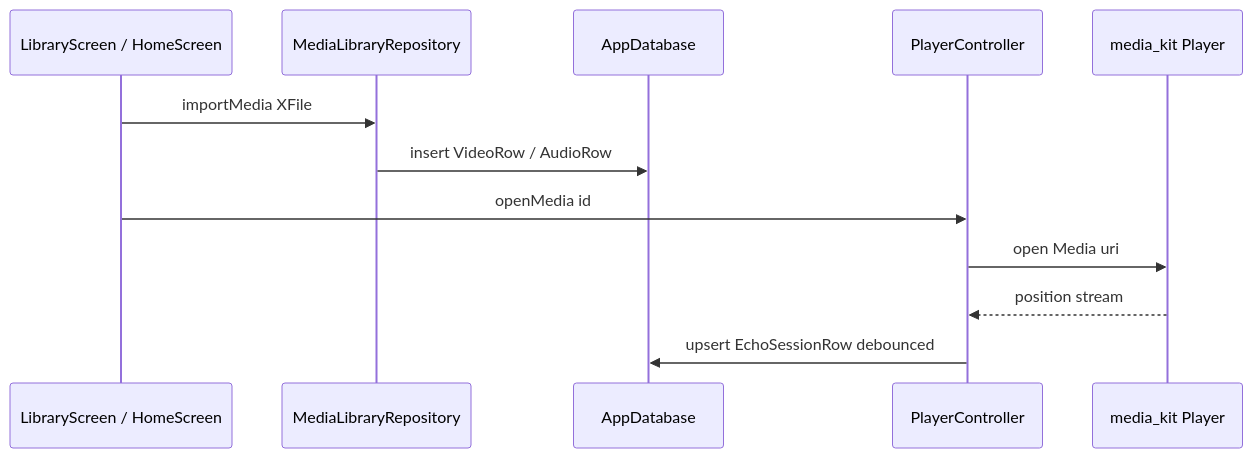
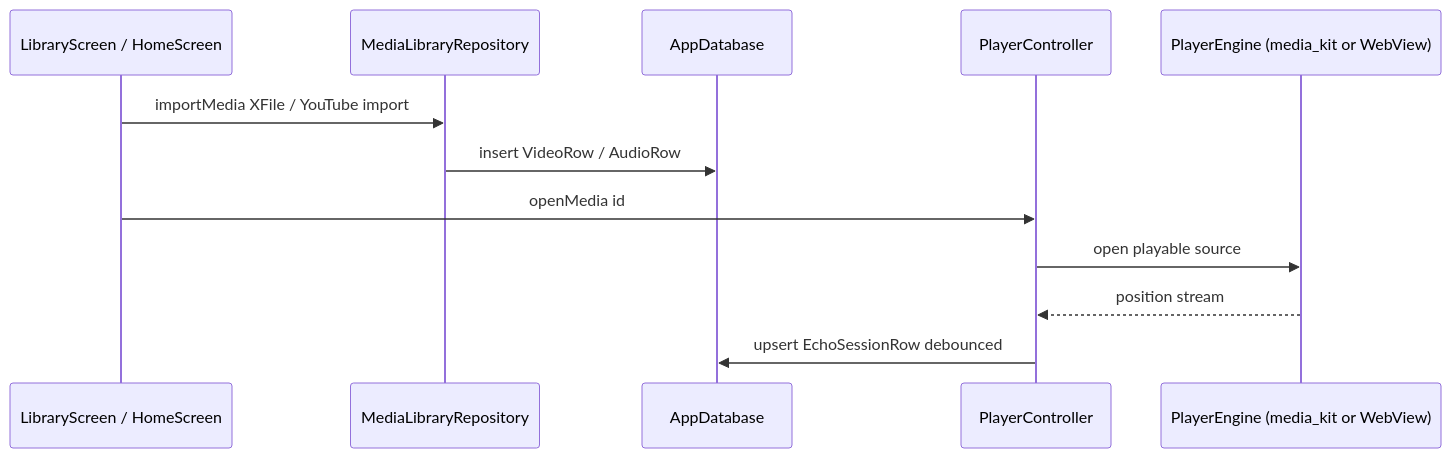
The second of 2 diagrams in docs/architecture.md (vwumumu/enjoy_player), drawn with Mermaid before and after one commit. The commit also changed other lines of this file and 50 other files, not shown here.

First line of the commit message:
feat(youtube): implement YouTube video import and playback functionality

````diff
--- a/docs/architecture.md
+++ b/docs/architecture.md
@@ -25,15 +25,15 @@
 ```mermaid
 sequenceDiagram
   participant Lib as LibraryScreen / HomeScreen
   participant Repo as MediaLibraryRepository
   participant DB as AppDatabase
   participant PC as PlayerController
-  participant MK as media_kit Player
+  participant PE as PlayerEngine (media_kit or WebView)
 
-  Lib->>Repo: importMedia XFile
+  Lib->>Repo: importMedia XFile / YouTube import
   Repo->>DB: insert VideoRow / AudioRow
   Lib->>PC: openMedia id
-  PC->>MK: open Media uri
-  MK-->>PC: position stream
+  PC->>PE: open playable source
+  PE-->>PC: position stream
   PC->>DB: upsert EchoSessionRow debounced
 ```
````
